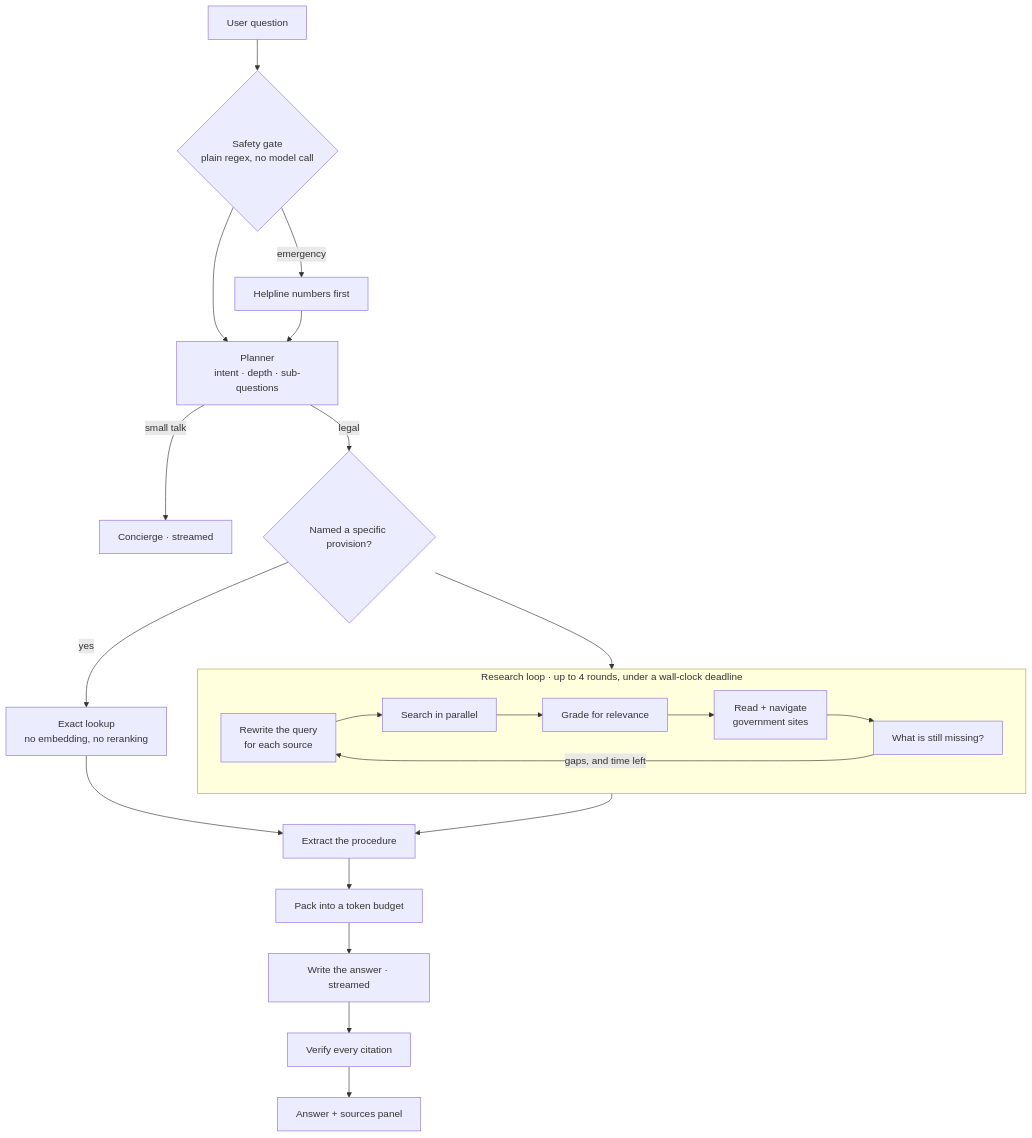
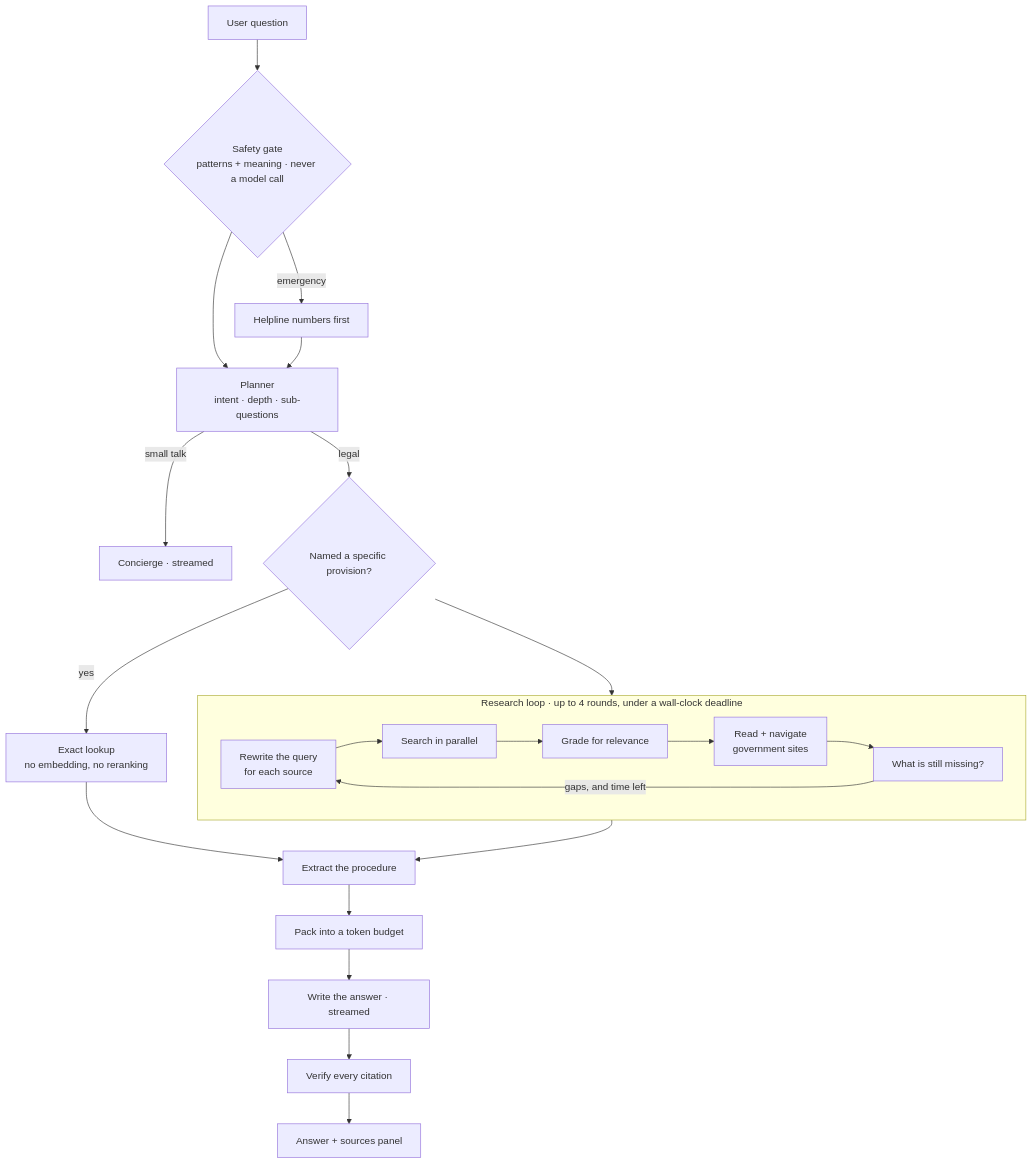
One commit to DamnKuldeep/KnowYourRightsAI changed the first of 2 diagrams in README.md. Above: the diagram before and after it, drawn with Mermaid. The commit also changed other lines of this file and 1 other file, not shown here.

````diff
--- a/README.md
+++ b/README.md
@@ -120,26 +121,26 @@
 ```mermaid
 flowchart TD
-    A[User question] --> B{Safety gate<br/>plain regex, no model call}
+    A[User question] --> B{Safety gate<br/>patterns + meaning · never a model call}
     B -->|emergency| C[Helpline numbers first]
     B --> D[Planner<br/>intent · depth · sub-questions]
     C --> D
     D -->|small talk| E[Concierge · streamed]
     D -->|legal| F{Named a specific provision?}
     F -->|yes| G[Exact lookup<br/>no embedding, no reranking]
     F --> H[RESEARCH LOOP]
 
     subgraph H [Research loop · up to 4 rounds, under a wall-clock deadline]
         H1[Rewrite the query<br/>for each source] --> H2[Search in parallel]
         H2 --> H3[Grade for relevance]
         H3 --> H4[Read + navigate<br/>government sites]
         H4 --> H5[What is still missing?]
         H5 -->|gaps, and time left| H1
     end
 
     G --> I[Extract the procedure]
     H --> I
     I --> J[Pack into a token budget]
     J --> K[Write the answer · streamed]
     K --> L[Verify every citation]
     L --> M[Answer + sources panel]
 ```
````
